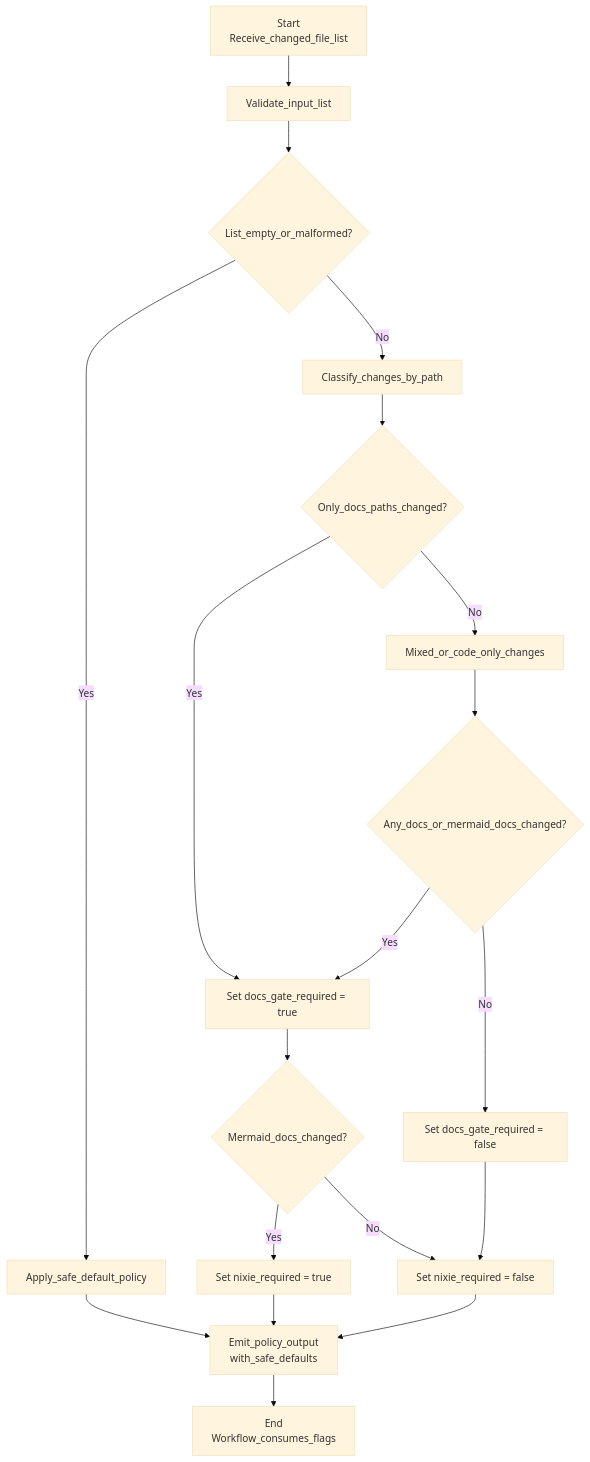
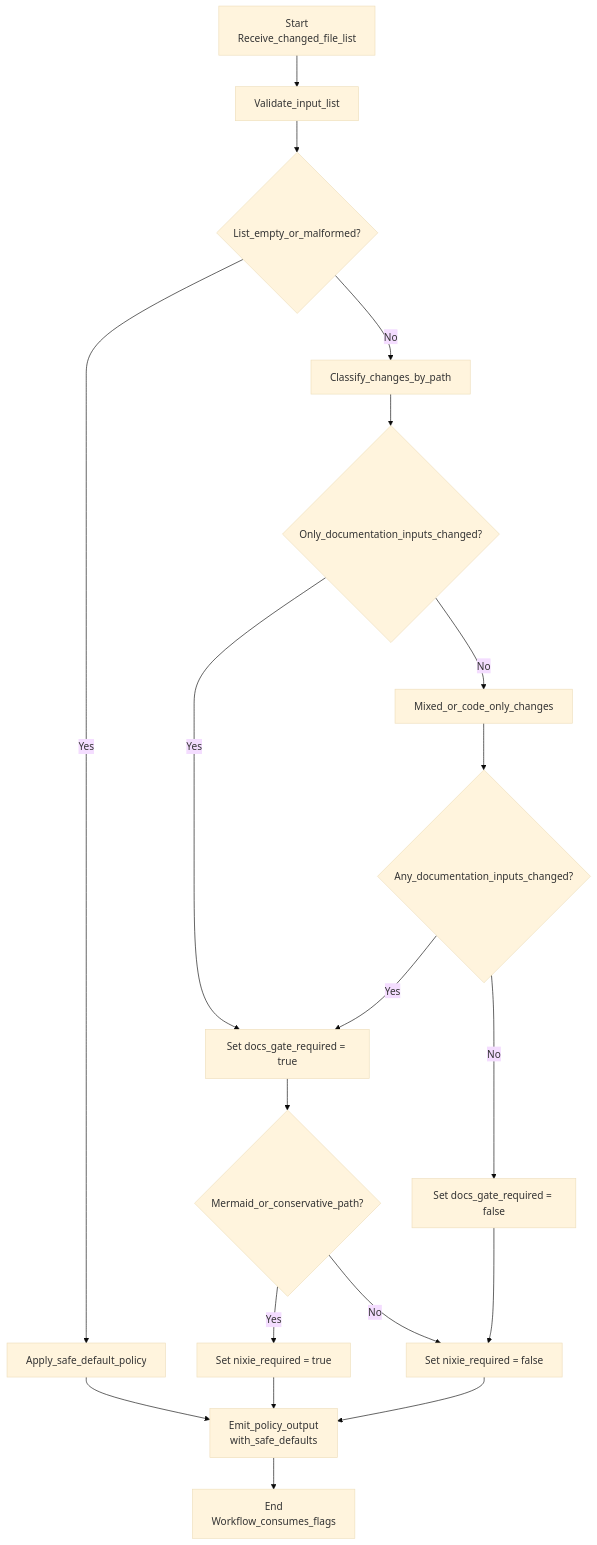
One commit to leynos/repovec-appliance changed the diagram in docs/users-guide.md. Above: the diagram before and after it, drawn with Mermaid (base theme). The commit also changed 8 other files, not shown here.

````diff
--- a/docs/users-guide.md
+++ b/docs/users-guide.md
@@ -20,31 +20,31 @@
 ```mermaid
 flowchart TD
     Start[Start
 Receive_changed_file_list] --> Validate[Validate_input_list]
 
     Validate --> IsEmpty{List_empty_or_malformed?}
     IsEmpty -->|Yes| Fallback[Apply_safe_default_policy]
     IsEmpty -->|No| Classify[Classify_changes_by_path]
 
-    Classify --> DocsOnly{Only_docs_paths_changed?}
+    Classify --> DocsOnly{Only_documentation_inputs_changed?}
     DocsOnly -->|Yes| RequireDocs[Set docs_gate_required = true]
     DocsOnly -->|No| MixedOrCode[Mixed_or_code_only_changes]
 
-    MixedOrCode --> HasDocs{Any_docs_or_mermaid_docs_changed?}
+    MixedOrCode --> HasDocs{Any_documentation_inputs_changed?}
     HasDocs -->|Yes| RequireDocs
     HasDocs -->|No| SkipDocs[Set docs_gate_required = false]
 
-    RequireDocs --> CheckNixie{Mermaid_docs_changed?}
+    RequireDocs --> CheckNixie{Mermaid_or_conservative_path?}
     CheckNixie -->|Yes| RequireNixie[Set nixie_required = true]
     CheckNixie -->|No| SkipNixie[Set nixie_required = false]
 
     Fallback --> Output[Emit_policy_output
 with_safe_defaults]
     SkipDocs --> SkipNixie
 
     RequireNixie --> Output
     SkipNixie --> Output
 
     Output --> End[End
 Workflow_consumes_flags]
 ```
````
